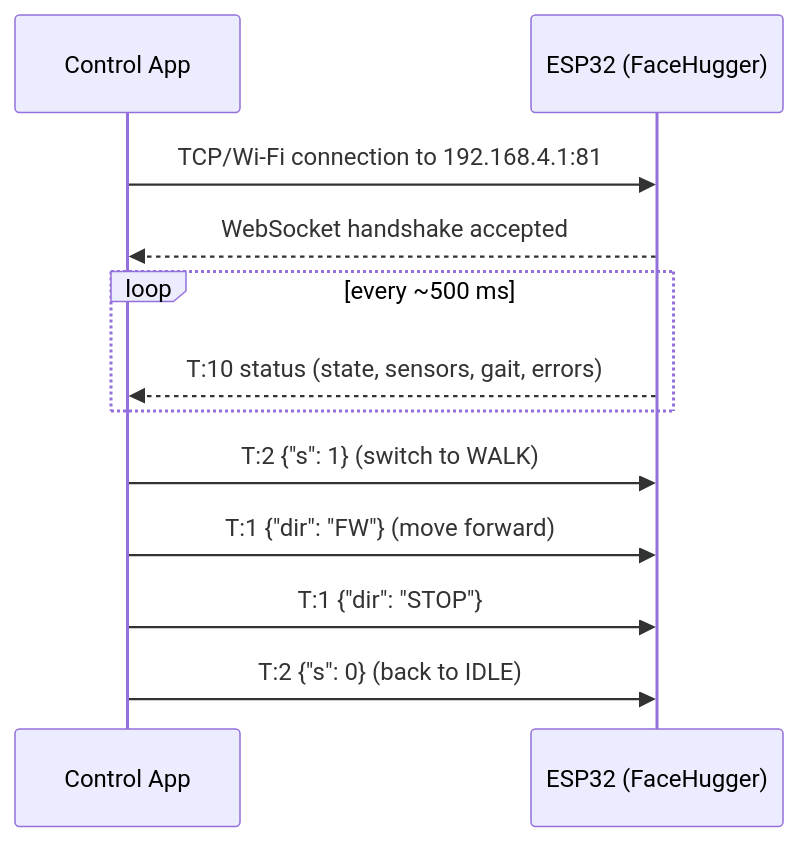
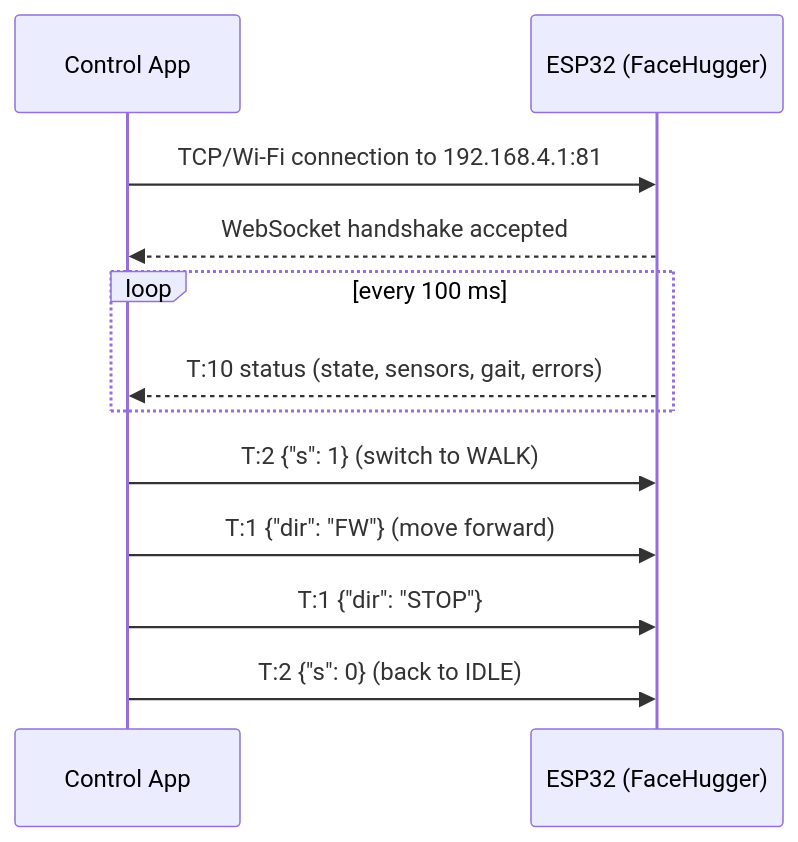
The diagram in wiki/reference/remote-control/websocket-api.md (epfl-cs358/2026sp-FaceHugger), drawn with Mermaid before and after one commit. The commit also changed other lines of this file and 4 other files, not shown here.

````diff
--- a/wiki/reference/remote-control/websocket-api.md
+++ b/wiki/reference/remote-control/websocket-api.md
@@ -15,15 +15,15 @@
 ```mermaid
 sequenceDiagram
     participant Phone as Control App
     participant Robot as ESP32 (FaceHugger)
 
     Phone->>Robot: TCP/Wi-Fi connection to 192.168.4.1:81
     Robot-->>Phone: WebSocket handshake accepted
-    loop every ~500 ms
+    loop every 100 ms
         Robot-->>Phone: T:10 status (state, sensors, gait, errors)
     end
     Phone->>Robot: T:2 {"s": 1}  (switch to WALK)
     Phone->>Robot: T:1 {"dir": "FW"}  (move forward)
     Phone->>Robot: T:1 {"dir": "STOP"}
     Phone->>Robot: T:2 {"s": 0}  (back to IDLE)
 ```
````
